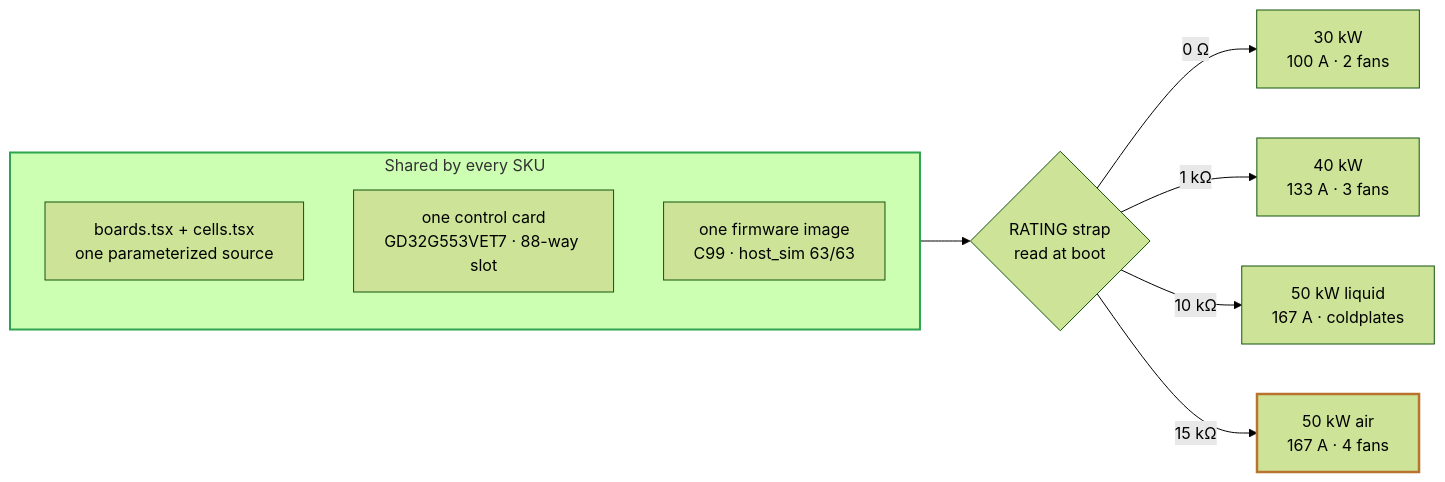
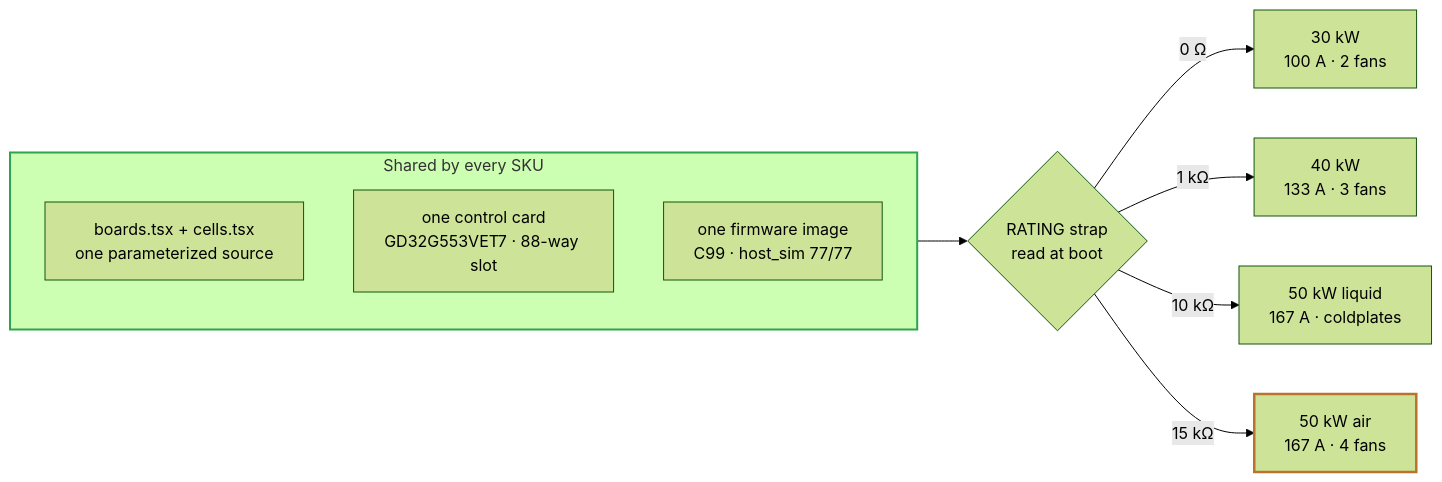
Before and after one commit to vectivolt/DC-Modules: the first of 2 diagrams in boards/README-module-family.md, drawn with Mermaid (forest theme). The commit also changed 81 other files, not shown here.

````diff
--- a/boards/README-module-family.md
+++ b/boards/README-module-family.md
@@ -35,17 +35,17 @@
 ```mermaid
 flowchart LR
   subgraph SHARED["Shared by every SKU"]
     direction TB
     SRC["boards.tsx + cells.tsx<br/>one parameterized source"]
     CARD["one control card<br/>GD32G553VET7 · 88-way slot"]
-    FW["one firmware image<br/>C99 · host_sim 63/63"]
+    FW["one firmware image<br/>C99 · host_sim 77/77"]
   end
   STRAP{"RATING strap<br/>read at boot"}
   SHARED --> STRAP
   STRAP -- "0 Ω" --> M30["30 kW<br/>100 A · 2 fans"]
   STRAP -- "1 kΩ" --> M40["40 kW<br/>133 A · 3 fans"]
   STRAP -- "10 kΩ" --> M50L["50 kW liquid<br/>167 A · coldplates"]
   STRAP -- "15 kΩ" --> M50A["50 kW air<br/>167 A · 4 fans"]
   style SHARED stroke:#2ea44f,stroke-width:2px
   style M50A stroke:#b8732e,stroke-width:2.5px
 ```
````
